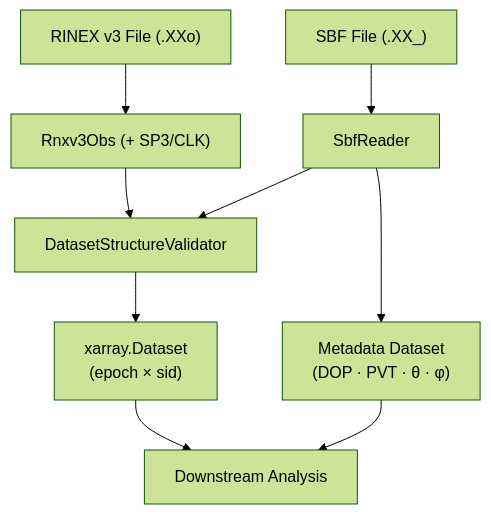
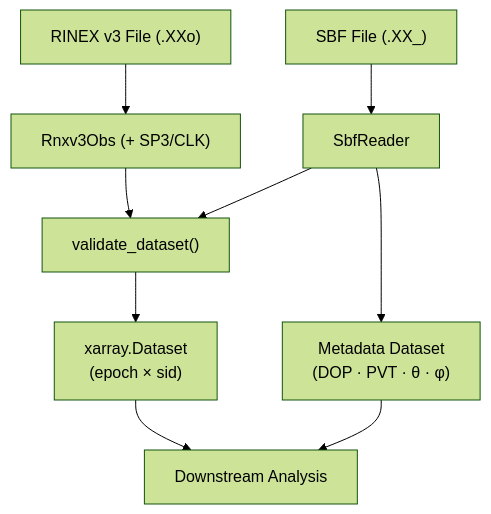
Before and after one commit to konstantinschellenberg/canvodpy: the diagram in docs/packages/readers/overview.md, drawn with Mermaid (forest theme). The commit also changed other lines of this file and 44 other files, not shown here.

````diff
--- a/docs/packages/readers/overview.md
+++ b/docs/packages/readers/overview.md
@@ -55,11 +55,11 @@
 ```mermaid
 graph TD
     A1["RINEX v3 File (.XXo)"] --> B1["Rnxv3Obs (+ SP3/CLK)"]
     A2["SBF File (.XX_)"] --> B2["SbfReader"]
-    B1 --> C["DatasetStructureValidator"]
+    B1 --> C["validate_dataset()"]
     B2 --> C
     C --> D["xarray.Dataset\n(epoch × sid)"]
     B2 --> E["Metadata Dataset\n(DOP · PVT · θ · φ)"]
     D --> F["Downstream Analysis"]
     E --> F
 ```
````
